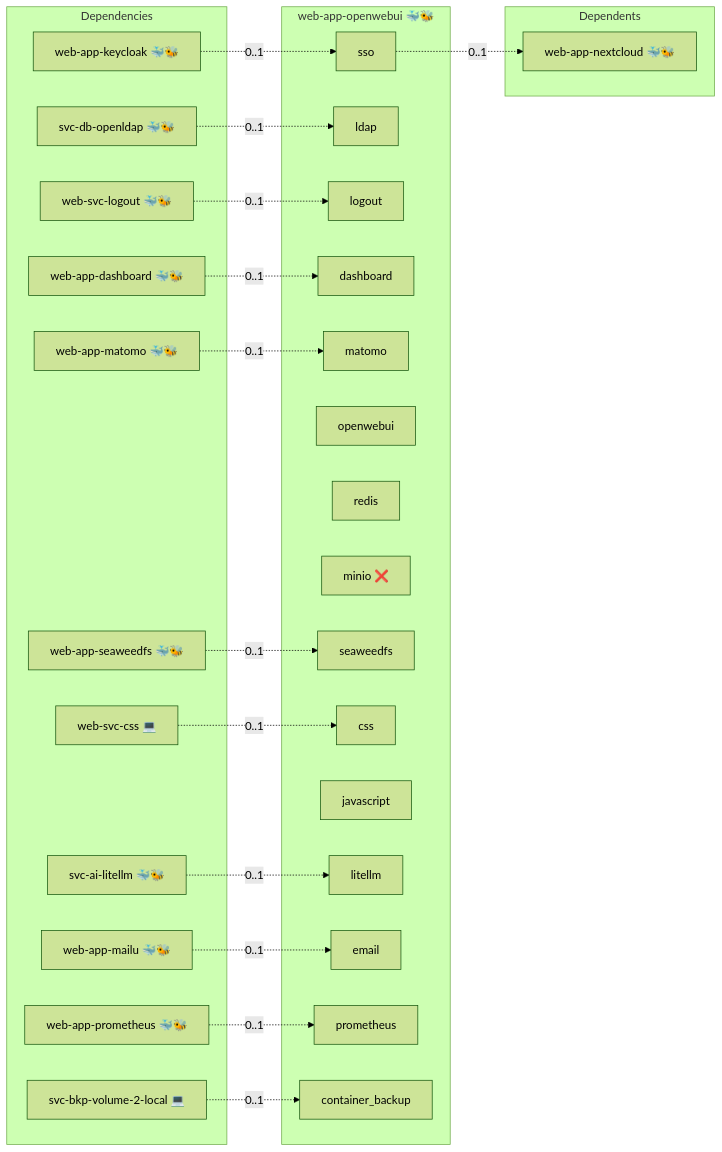
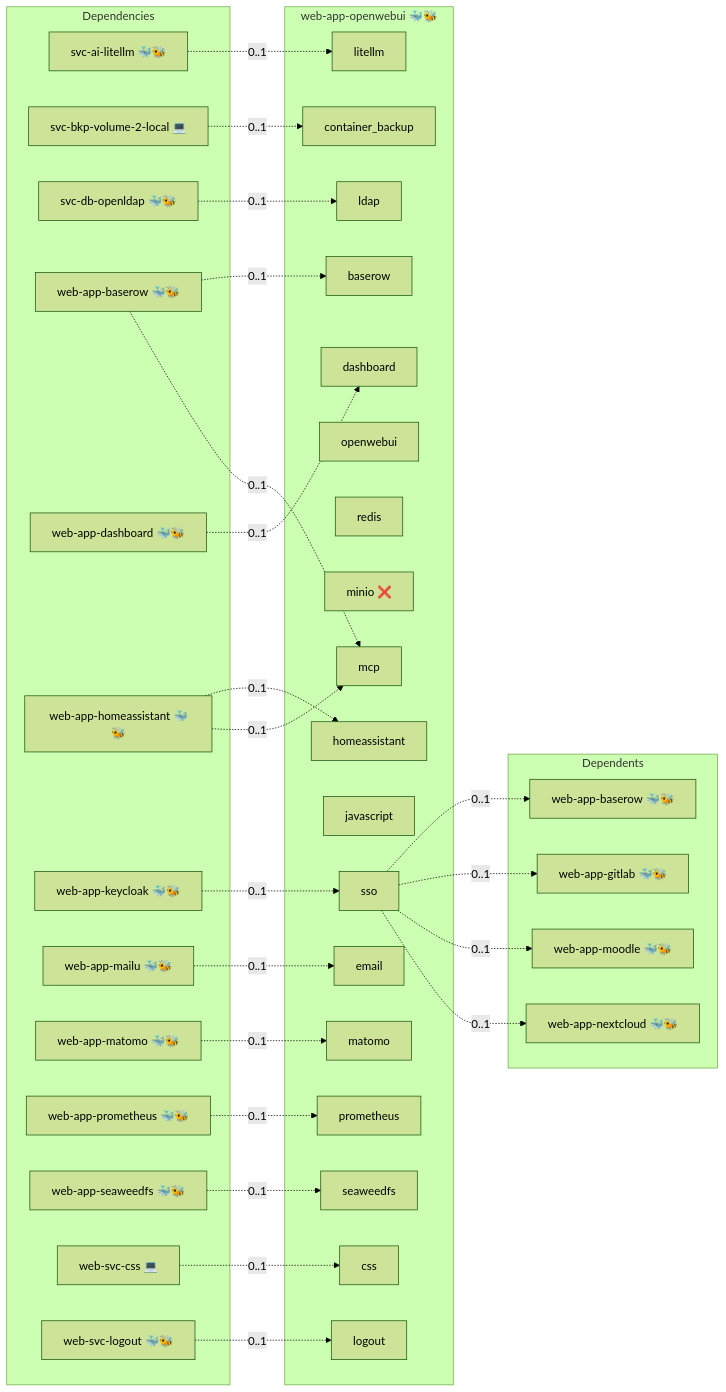
Before and after one commit to infinito-nexus/core: the diagram in roles/web-app-openwebui/README.md, drawn with Mermaid (forest theme). The commit also changed other lines of this file and 17 other files, not shown here.

First line of the commit message:
feat(openwebui,flowise): wire the web UIs to the discovered MCP servers

````diff
--- a/roles/web-app-openwebui/README.md
+++ b/roles/web-app-openwebui/README.md
@@ -15,48 +15,63 @@
 ```mermaid
 flowchart LR
     subgraph deps [Dependencies]
         dep_svc_ai_litellm["svc-ai-litellm 🐳🐝"]
         dep_svc_bkp_volume_2_local["svc-bkp-volume-2-local 💻"]
         dep_svc_db_openldap["svc-db-openldap 🐳🐝"]
+        dep_web_app_baserow["web-app-baserow 🐳🐝"]
         dep_web_app_dashboard["web-app-dashboard 🐳🐝"]
+        dep_web_app_homeassistant["web-app-homeassistant 🐳🐝"]
         dep_web_app_keycloak["web-app-keycloak 🐳🐝"]
         dep_web_app_mailu["web-app-mailu 🐳🐝"]
         dep_web_app_matomo["web-app-matomo 🐳🐝"]
         dep_web_app_prometheus["web-app-prometheus 🐳🐝"]
         dep_web_app_seaweedfs["web-app-seaweedfs 🐳🐝"]
         dep_web_svc_css["web-svc-css 💻"]
         dep_web_svc_logout["web-svc-logout 🐳🐝"]
     end
     subgraph role [web-app-openwebui 🐳🐝]
         svc_sso["sso"]
         svc_ldap["ldap"]
         svc_logout["logout"]
         svc_dashboard["dashboard"]
         svc_matomo["matomo"]
         svc_openwebui["openwebui"]
         svc_redis["redis"]
         svc_minio["minio ❌"]
         svc_seaweedfs["seaweedfs"]
         svc_css["css"]
         svc_javascript["javascript"]
         svc_litellm["litellm"]
+        svc_mcp["mcp"]
         svc_email["email"]
         svc_prometheus["prometheus"]
         svc_container_backup["container_backup"]
+        svc_homeassistant["homeassistant"]
+        svc_baserow["baserow"]
     end
     subgraph dependents [Dependents]
+        dpt_web_app_baserow["web-app-baserow 🐳🐝"]
+        dpt_web_app_gitlab["web-app-gitlab 🐳🐝"]
+        dpt_web_app_moodle["web-app-moodle 🐳🐝"]
         dpt_web_app_nextcloud["web-app-nextcloud 🐳🐝"]
     end
     dep_svc_ai_litellm -. "0..1" .-> svc_litellm
     dep_svc_bkp_volume_2_local -. "0..1" .-> svc_container_backup
     dep_svc_db_openldap -. "0..1" .-> svc_ldap
+    dep_web_app_baserow -. "0..1" .-> svc_baserow
+    dep_web_app_baserow -. "0..1" .-> svc_mcp
     dep_web_app_dashboard -. "0..1" .-> svc_dashboard
+    dep_web_app_homeassistant -. "0..1" .-> svc_homeassistant
+    dep_web_app_homeassistant -. "0..1" .-> svc_mcp
     dep_web_app_keycloak -. "0..1" .-> svc_sso
     dep_web_app_mailu -. "0..1" .-> svc_email
     dep_web_app_matomo -. "0..1" .-> svc_matomo
     dep_web_app_prometheus -. "0..1" .-> svc_prometheus
     dep_web_app_seaweedfs -. "0..1" .-> svc_seaweedfs
     dep_web_svc_css -. "0..1" .-> svc_css
     dep_web_svc_logout -. "0..1" .-> svc_logout
+    svc_sso -. "0..1" .-> dpt_web_app_baserow
+    svc_sso -. "0..1" .-> dpt_web_app_gitlab
+    svc_sso -. "0..1" .-> dpt_web_app_moodle
     svc_sso -. "0..1" .-> dpt_web_app_nextcloud
 ```
````
